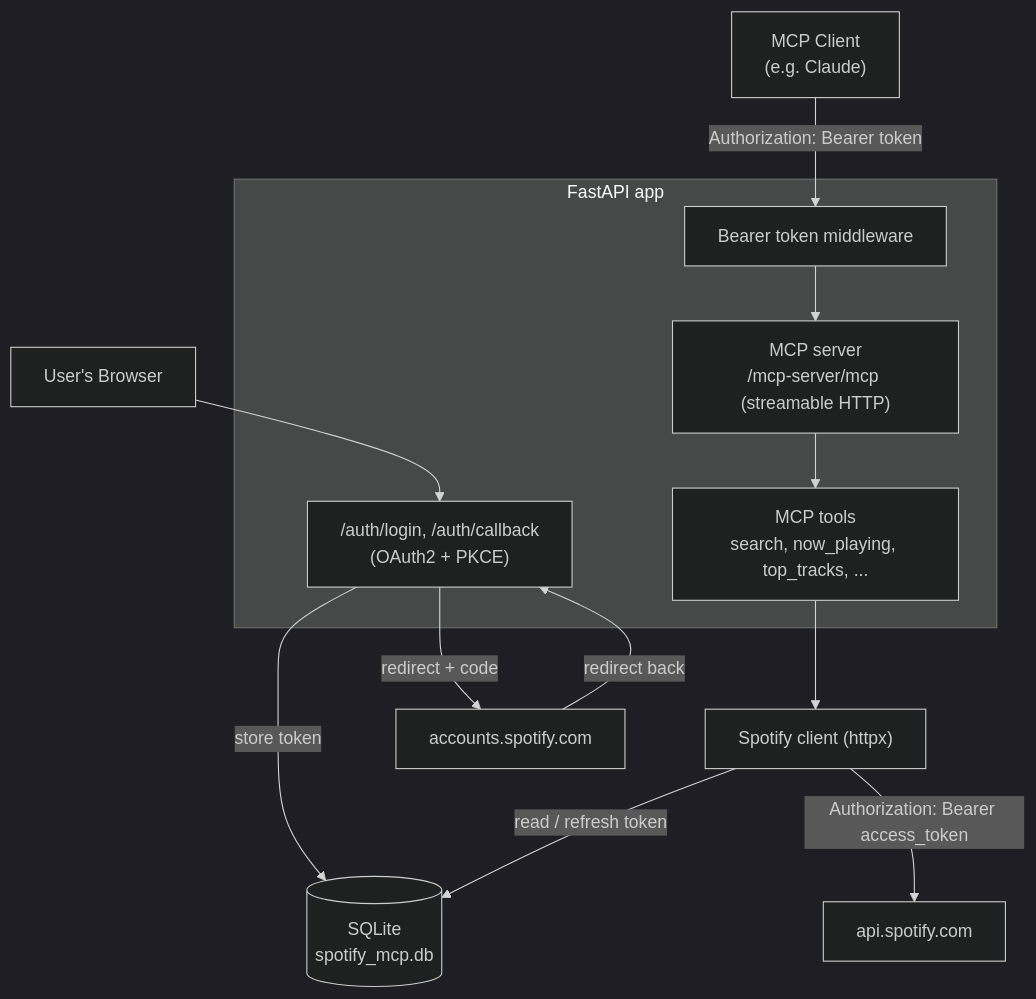
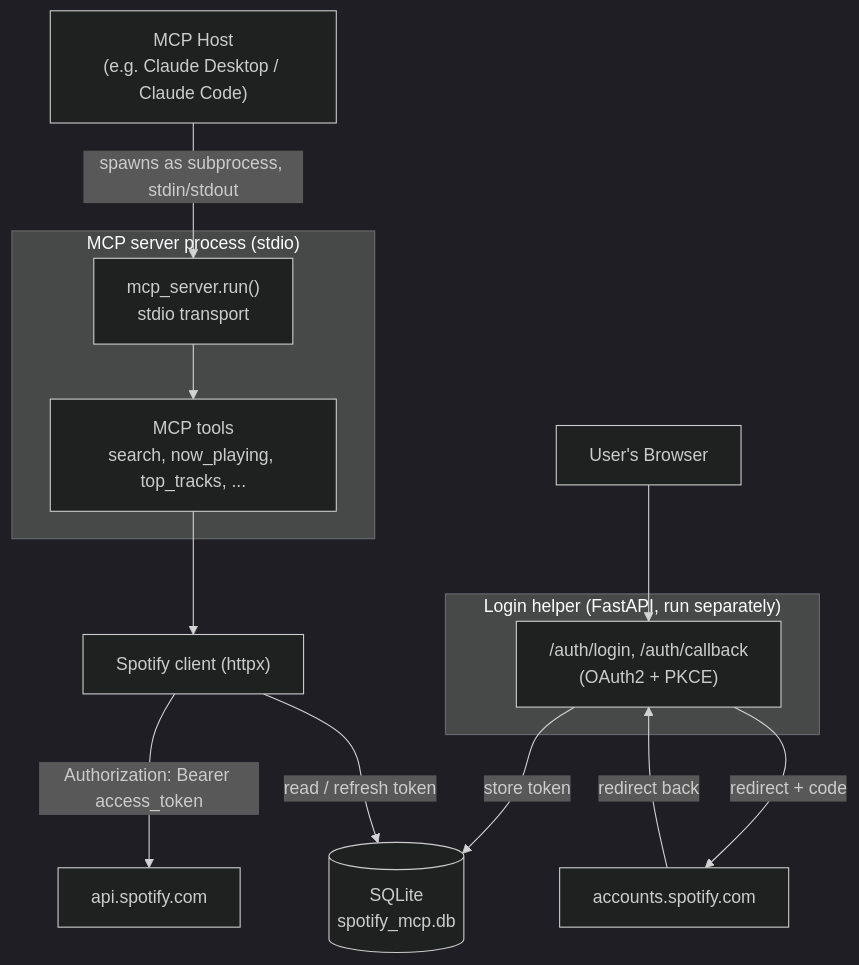
The diagram in README.md (Pacolias/spotify-mcp), drawn with Mermaid (dark theme) before and after one commit. The commit also changed other lines of this file, not shown here.

Commit message:
docs: rewrite README for stdio transport (How it works, diagram, Setup)

````diff
--- a/README.md
+++ b/README.md
@@ -18,30 +18,31 @@
 ```mermaid
 graph TD
-    MC["MCP Client<br/>(e.g. Claude)"]
+    Host["MCP Host<br/>(e.g. Claude Desktop / Claude Code)"]
     Browser["User's Browser"]
 
-    subgraph App["FastAPI app"]
-        Bearer["Bearer token middleware"]
-        MCPServer["MCP server<br/>/mcp-server/mcp (streamable HTTP)"]
+    subgraph Stdio["MCP server process (stdio)"]
+        MCPServer["mcp_server.run()<br/>stdio transport"]
         Tools["MCP tools<br/>search, now_playing, top_tracks, ..."]
+    end
+
+    subgraph LoginApp["Login helper (FastAPI, run separately)"]
         AuthRoutes["/auth/login, /auth/callback<br/>(OAuth2 + PKCE)"]
     end
 
     SpotifyClient["Spotify client (httpx)"]
     DB[("SQLite<br/>spotify_mcp.db")]
     SpotifyAPI["api.spotify.com"]
     SpotifyAuth["accounts.spotify.com"]
 
-    MC -->|"Authorization: Bearer token"| Bearer
-    Bearer --> MCPServer
+    Host -->|"spawns as subprocess, stdin/stdout"| MCPServer
     MCPServer --> Tools
     Tools --> SpotifyClient
 
     Browser --> AuthRoutes
     AuthRoutes -->|"redirect + code"| SpotifyAuth
     SpotifyAuth -->|"redirect back"| AuthRoutes
     AuthRoutes -->|"store token"| DB
 
     SpotifyClient -->|"read / refresh token"| DB
     SpotifyClient -->|"Authorization: Bearer access_token"| SpotifyAPI
 ```
````
